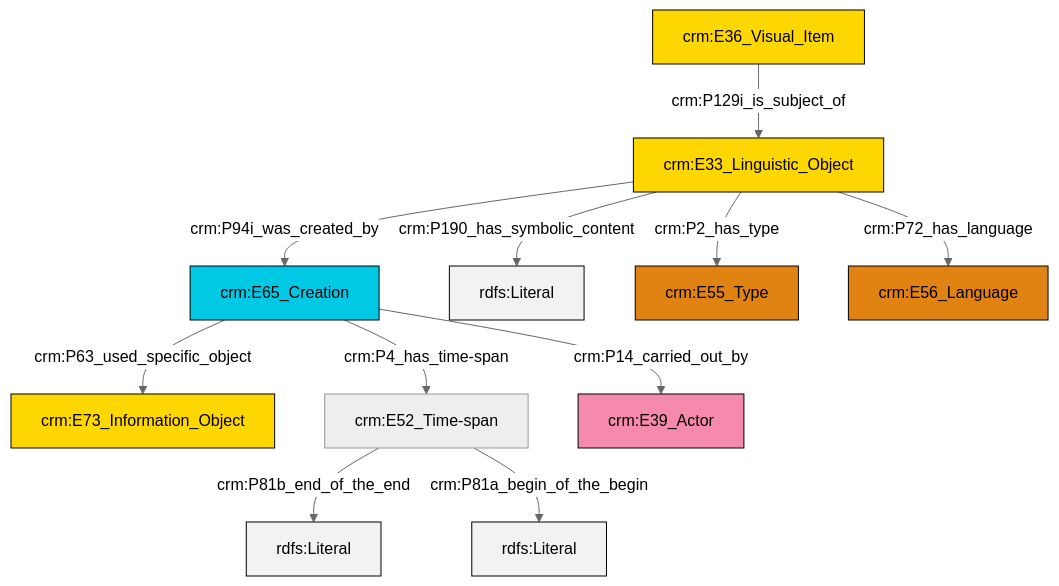
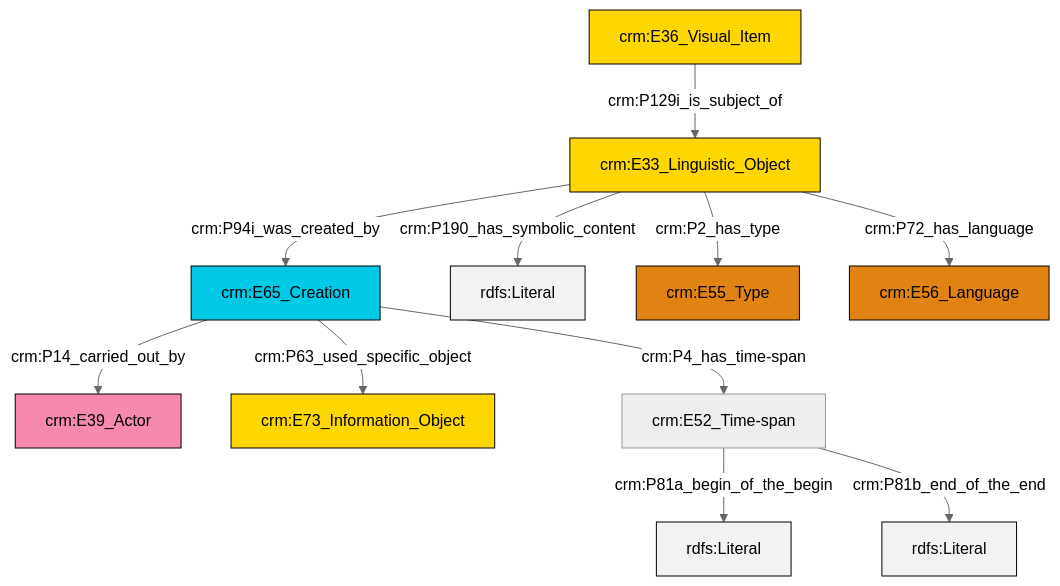
One commit to swiss-art-research-net/docs.swissartresearch changed the diagram in et/imgCSV/ttl/mmd/img_desc.ttl.mmd. Above: the diagram before and after it, drawn with Mermaid (neutral theme). The commit also changed 178 other files, not shown here.

```diff
--- a/et/imgCSV/ttl/mmd/img_desc.ttl.mmd
+++ b/et/imgCSV/ttl/mmd/img_desc.ttl.mmd
@@ -1,25 +1,25 @@
 graph TD
 classDef Literal fill:#f2f2f2,stroke:#000000;
 classDef CRM_Entity fill:#FFFFFF,stroke:#000000;
 classDef Temporal_Entity fill:#00C9E6, stroke:#000000;
 classDef Type fill:#E18312, stroke:#000000;
 classDef Time-Span fill:#2C9C91, stroke:#000000;
 classDef Appellation fill:#FFEB7F, stroke:#000000;
 classDef Place fill:#008836, stroke:#000000;
 classDef Persistent_Item fill:#B266B2, stroke:#000000;
 classDef Conceptual_Object fill:#FFD700, stroke:#000000;
 classDef Physical_Thing fill:#D2B48C, stroke:#000000;
 classDef Actor fill:#f58aad, stroke:#000000;
 classDef PC_Classes fill:#4ce600, stroke:#000000;
 classDef Multi fill:#cccccc,stroke:#000000;
 
-0["crm:E65_Creation"]:::Temporal_Entity -->|crm:P63_used_specific_object| 1["crm:E73_Information_Object"]:::Conceptual_Object
-4["crm:E33_Linguistic_Object"]:::Conceptual_Object -->|crm:P190_has_symbolic_content| 5[rdfs:Literal]:::Literal
-7["crm:E52_Time-span"]:::Default -->|crm:P81b_end_of_the_end| 8[rdfs:Literal]:::Literal
-7["crm:E52_Time-span"]:::Default -->|crm:P81a_begin_of_the_begin| 10[rdfs:Literal]:::Literal
-2["crm:E36_Visual_Item"]:::Conceptual_Object -->|crm:P129i_is_subject_of| 4["crm:E33_Linguistic_Object"]:::Conceptual_Object
-4["crm:E33_Linguistic_Object"]:::Conceptual_Object -->|crm:P94i_was_created_by| 0["crm:E65_Creation"]:::Temporal_Entity
-0["crm:E65_Creation"]:::Temporal_Entity -->|crm:P14_carried_out_by| 11["crm:E39_Actor"]:::Actor
-4["crm:E33_Linguistic_Object"]:::Conceptual_Object -->|crm:P2_has_type| 12["crm:E55_Type"]:::Type
-0["crm:E65_Creation"]:::Temporal_Entity -->|crm:P4_has_time-span| 7["crm:E52_Time-span"]:::Default
-4["crm:E33_Linguistic_Object"]:::Conceptual_Object -->|crm:P72_has_language| 16["crm:E56_Language"]:::Type
+0["crm:E65_Creation"]:::Temporal_Entity -->|crm:P14_carried_out_by| 2["crm:E39_Actor"]:::Actor
+0["crm:E65_Creation"]:::Temporal_Entity -->|crm:P63_used_specific_object| 3["crm:E73_Information_Object"]:::Conceptual_Object
+4["crm:E36_Visual_Item"]:::Conceptual_Object -->|crm:P129i_is_subject_of| 5["crm:E33_Linguistic_Object"]:::Conceptual_Object
+0["crm:E65_Creation"]:::Temporal_Entity -->|crm:P4_has_time-span| 6["crm:E52_Time-span"]:::Default
+5["crm:E33_Linguistic_Object"]:::Conceptual_Object -->|crm:P190_has_symbolic_content| 7[rdfs:Literal]:::Literal
+5["crm:E33_Linguistic_Object"]:::Conceptual_Object -->|crm:P2_has_type| 8["crm:E55_Type"]:::Type
+5["crm:E33_Linguistic_Object"]:::Conceptual_Object -->|crm:P72_has_language| 11["crm:E56_Language"]:::Type
+6["crm:E52_Time-span"]:::Default -->|crm:P81a_begin_of_the_begin| 15[rdfs:Literal]:::Literal
+6["crm:E52_Time-span"]:::Default -->|crm:P81b_end_of_the_end| 17[rdfs:Literal]:::Literal
+5["crm:E33_Linguistic_Object"]:::Conceptual_Object -->|crm:P94i_was_created_by| 0["crm:E65_Creation"]:::Temporal_Entity
```
